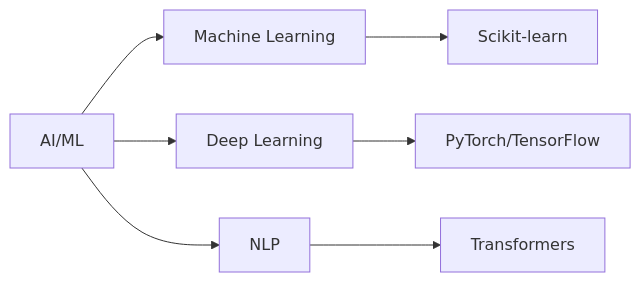
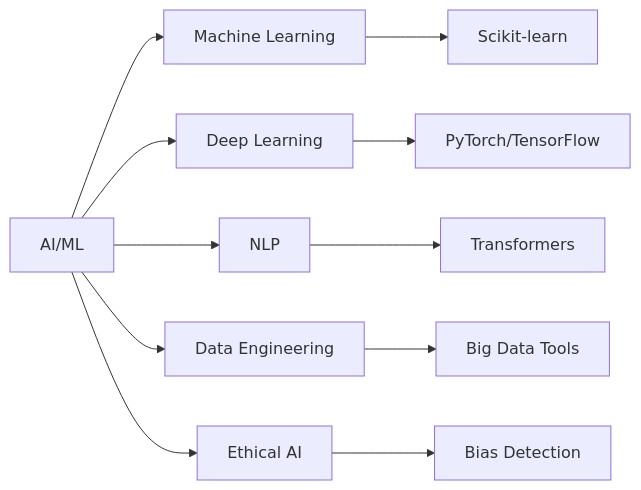
Before and after one commit to dbsectrainer/AI-ML: the second of 4 diagrams in README.md, drawn with Mermaid. The commit also changed other lines of this file and 27 other files, not shown here.

````diff
--- a/README.md
+++ b/README.md
@@ -44,9 +55,13 @@
 ```mermaid
 graph LR
     A[AI/ML] --> B[Machine Learning]
     A --> C[Deep Learning]
     A --> D[NLP]
+    A --> H[Data Engineering]
+    A --> I[Ethical AI]
     B --> E[Scikit-learn]
     C --> F[PyTorch/TensorFlow]
     D --> G[Transformers]
+    H --> J[Big Data Tools]
+    I --> K[Bias Detection]
 ```
````
